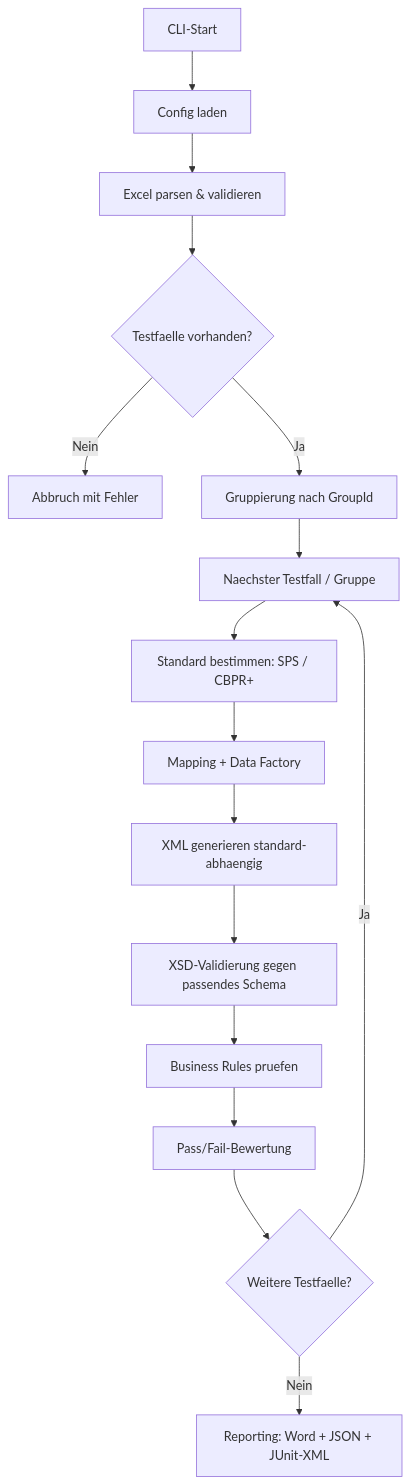
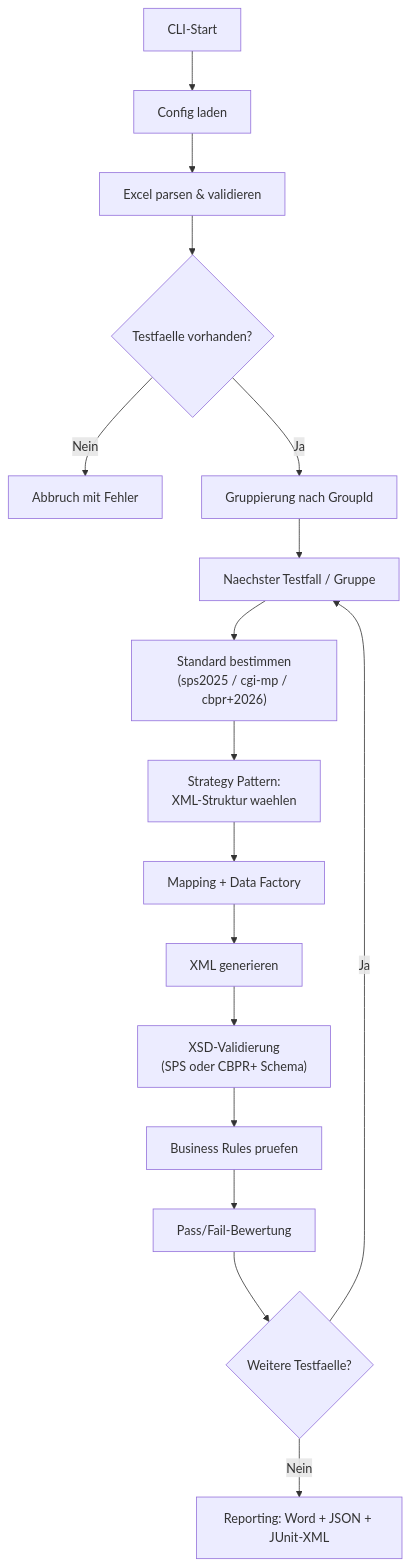
Before and after one commit to Sebastenhauer/iso20022tester: the first of 3 diagrams in README.md, drawn with Mermaid. The commit also changed other lines of this file, not shown here.

First line of the commit message:
Update README for tri-standard support (SPS + CGI-MP + CBPR+)

````diff
--- a/README.md
+++ b/README.md
@@ -56,18 +59,19 @@
 ```mermaid
 flowchart TD
     A[CLI-Start] --> B[Config laden]
     B --> C[Excel parsen & validieren]
     C --> D{Testfaelle vorhanden?}
     D -- Nein --> E[Abbruch mit Fehler]
     D -- Ja --> F[Gruppierung nach GroupId]
     F --> G[Naechster Testfall / Gruppe]
-    G --> H[Standard bestimmen: SPS / CBPR+]
-    H --> I[Mapping + Data Factory]
-    I --> J[XML generieren standard-abhaengig]
-    J --> K[XSD-Validierung gegen passendes Schema]
-    K --> L[Business Rules pruefen]
-    L --> M[Pass/Fail-Bewertung]
-    M --> N{Weitere Testfaelle?}
-    N -- Ja --> G
-    N -- Nein --> O[Reporting: Word + JSON + JUnit-XML]
+    G --> H["Standard bestimmen\n(sps2025 / cgi-mp / cbpr+2026)"]
+    H --> I["Strategy Pattern:\nXML-Struktur waehlen"]
+    I --> J[Mapping + Data Factory]
+    J --> K[XML generieren]
+    K --> L["XSD-Validierung\n(SPS oder CBPR+ Schema)"]
+    L --> M[Business Rules pruefen]
+    M --> N[Pass/Fail-Bewertung]
+    N --> O{Weitere Testfaelle?}
+    O -- Ja --> G
+    O -- Nein --> P[Reporting: Word + JSON + JUnit-XML]
 ```
````
